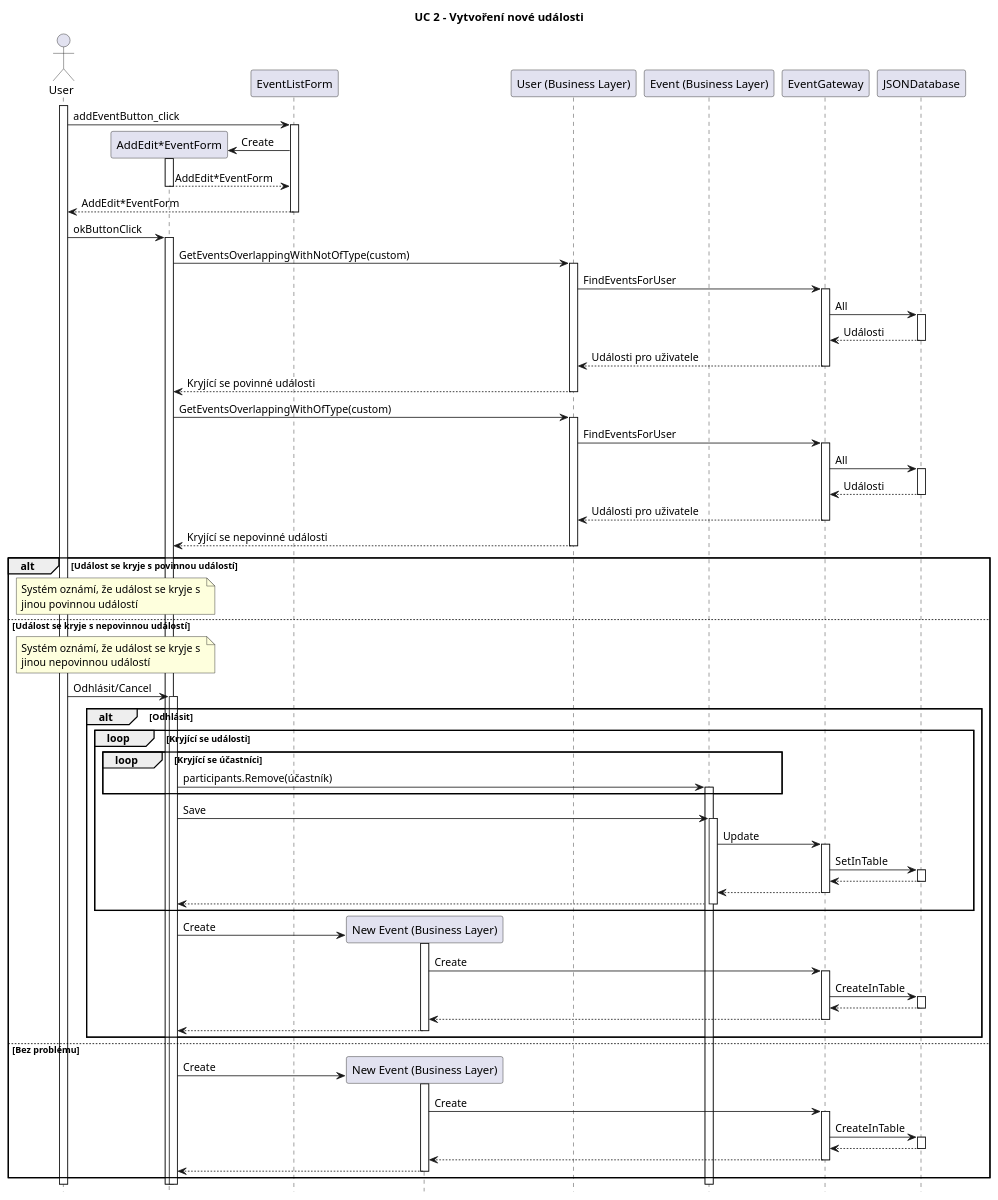
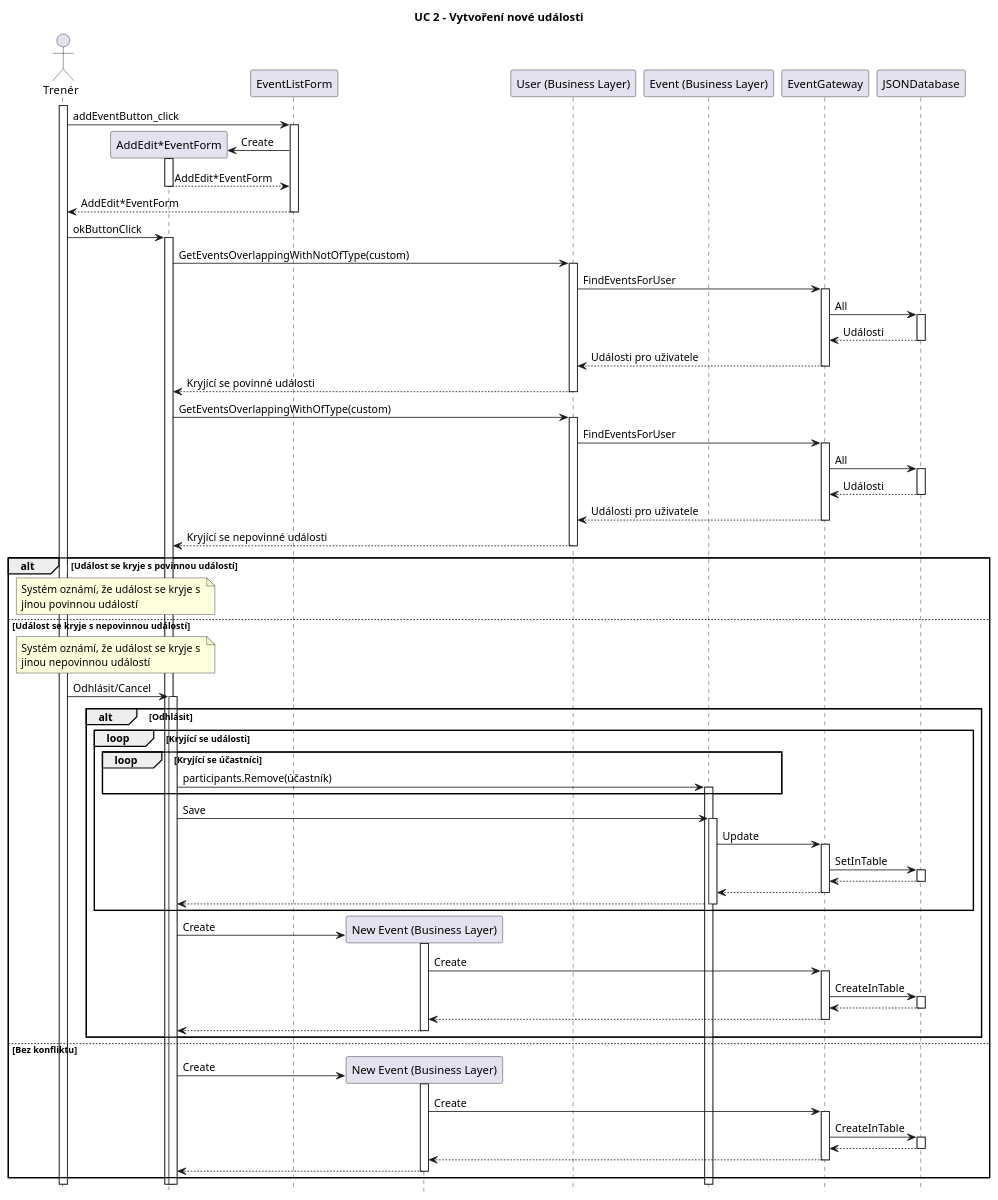
Before and after one commit to dminikm/EsportsIS: the diagram in UC2SequenceDiagram.puml, drawn with PlantUML. The commit also changed 4 other files, not shown here.

Commit message:
Diagram changes

```diff
--- a/UC2SequenceDiagram.puml
+++ b/UC2SequenceDiagram.puml
@@ -1,87 +1,87 @@
 @startuml
 
 title UC 2 - Vytvoření nové události
 hide footbox
 
-actor "User" as U
+actor "Trenér" as U
 participant "AddEdit*EventForm" as AEF
 participant "EventListForm" as ELF
 participant "New Event (Business Layer)" as NE
 participant "User (Business Layer)" as UBL
 participant "Event (Business Layer)" as EV
 participant "EventGateway" as EG
 participant "JSONDatabase" as DB
 
 autoactivate on
 
 ' Base form handling
 
 activate U
 U -> ELF : addEventButton_click
 
 ELF -> AEF ** : Create
 activate AEF
 ELF <-- AEF : AddEdit*EventForm
 U <-- ELF : AddEdit*EventForm
 
 ' Click OK
 U -> AEF : okButtonClick
 
 ' Required Events
 AEF -> UBL : GetEventsOverlappingWithNotOfType(custom)
 UBL -> EG : FindEventsForUser
 EG -> DB : All
 EG <-- DB : Události
 UBL <-- EG : Události pro uživatele
 AEF <-- UBL : Kryjící se povinné události
 
 ' Optional events
 AEF -> UBL : GetEventsOverlappingWithOfType(custom)
 UBL -> EG : FindEventsForUser
 EG -> DB : All
 EG <-- DB : Události
 UBL <-- EG : Události pro uživatele
 AEF <-- UBL : Kryjící se nepovinné události
 
 alt Událost se kryje s povinnou událostí
 	note over U,AEF : Systém oznámí, že událost se kryje s \njinou povinnou událostí
 else Událost se kryje s nepovinnou událostí
 	note over U,AEF : Systém oznámí, že událost se kryje s \njinou nepovinnou událostí
     
     U -> AEF : Odhlásit/Cancel
     alt Odhlásit
     	loop Kryjící se události
         	loop Kryjící se účastníci
             	AEF -> EV : participants.Remove(účastník)
             end
             
             AEF -> EV : Save
             EV -> EG : Update
             EG -> DB : SetInTable
             EG <-- DB :
             EV <-- EG : 
             AEF <-- EV :
             
         end
         
         AEF -> NE ** : Create
         activate NE
         NE -> EG : Create
         EG -> DB : CreateInTable
         EG <-- DB :
         NE <-- EG :
         AEF <-- NE :
         deactivate NE
     end 
-else Bez problému
+else Bez konfliktu
 	AEF -> NE ** : Create
     activate NE
     NE -> EG : Create
     EG -> DB : CreateInTable
     EG <-- DB :
     NE <-- EG :
     AEF <-- NE :
     deactivate NE
 end
 
 @enduml
```
